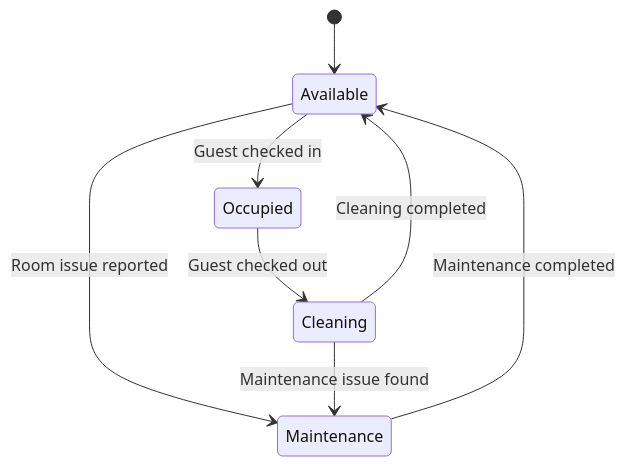
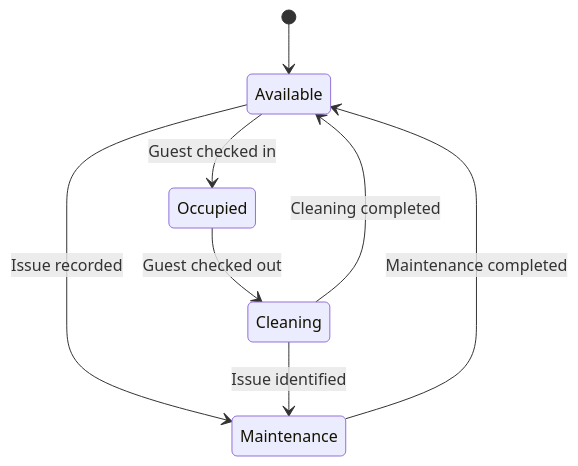
Before and after one commit to vlad12-k/boutique-hotel-booking-system: the sixth of 8 diagrams in docs/design-diagrams.md, drawn with Mermaid. The commit also changed other lines of this file and 19 other files, not shown here.

````diff
--- a/docs/design-diagrams.md
+++ b/docs/design-diagrams.md
@@ -150,10 +301,17 @@
 ```mermaid
 stateDiagram-v2
+    state "Available" as Available
+    state "Occupied" as Occupied
+    state "Cleaning" as Cleaning
+    state "Maintenance" as Maintenance
+
     [*] --> Available
+
     Available --> Occupied: Guest checked in
     Occupied --> Cleaning: Guest checked out
     Cleaning --> Available: Cleaning completed
-    Available --> Maintenance: Room issue reported
-    Cleaning --> Maintenance: Maintenance issue found
+
+    Available --> Maintenance: Issue recorded
+    Cleaning --> Maintenance: Issue identified
     Maintenance --> Available: Maintenance completed
 ```
````
